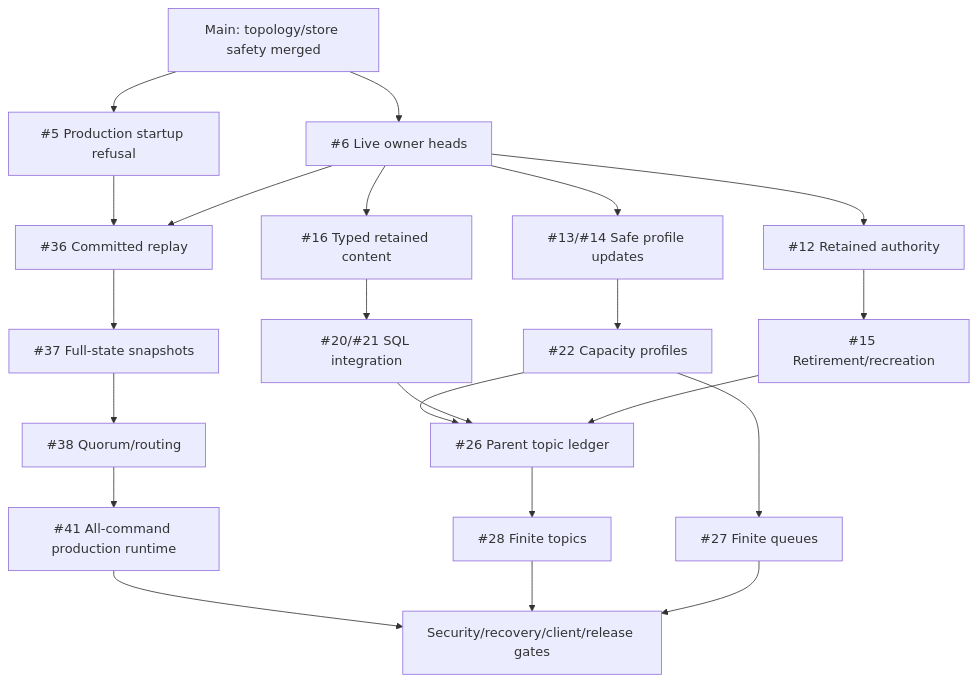
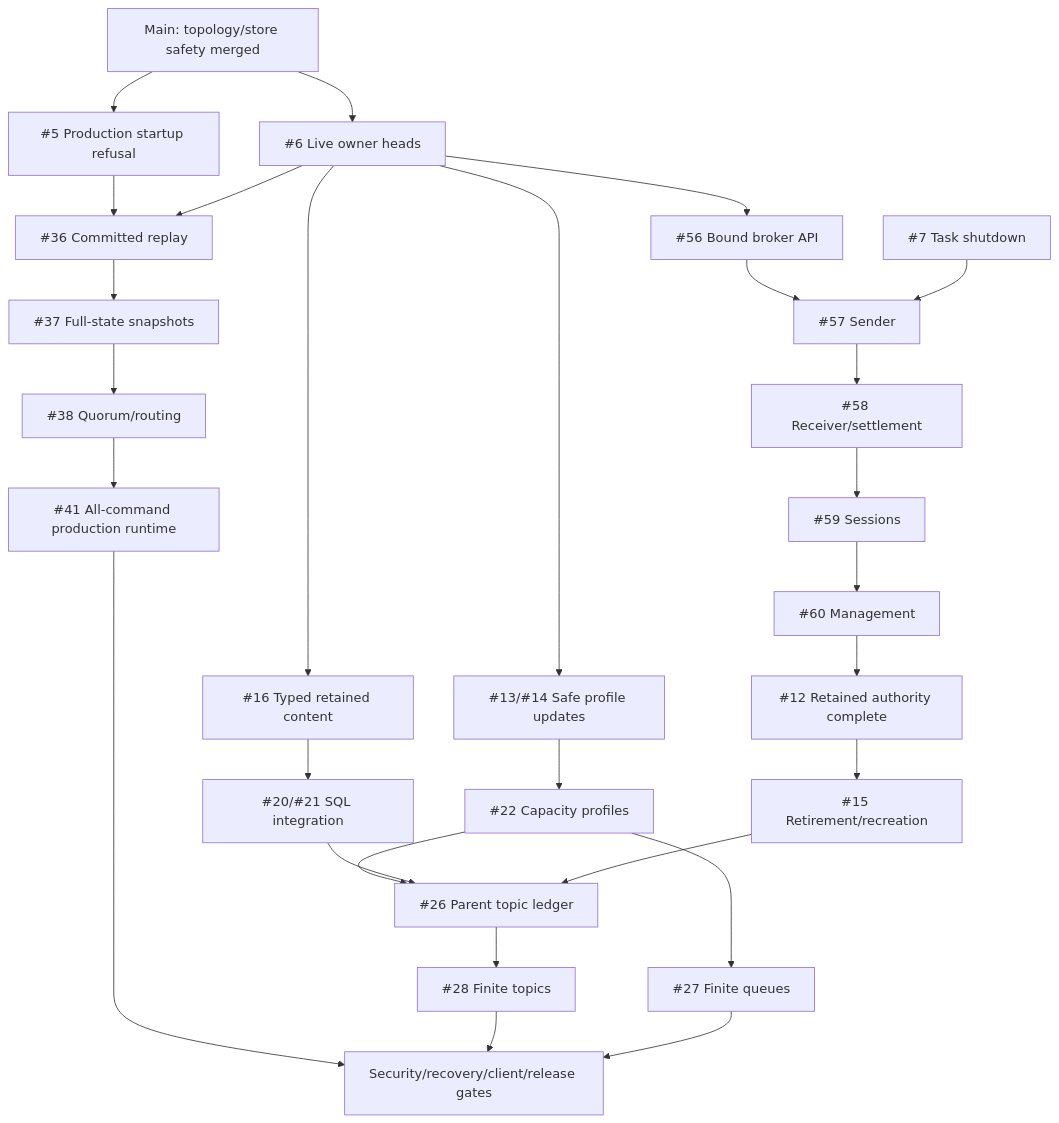
The diagram in docs/roadmap.md (DeandreT/switchyard), drawn with Mermaid before and after one commit. The commit also changed other lines of this file and 14 other files, not shown here.

````diff
--- a/docs/roadmap.md
+++ b/docs/roadmap.md
@@ -43,24 +44,30 @@
 ```mermaid
 flowchart TD
     Main["Main: topology/store safety merged"] --> Guard["#5 Production startup refusal"]
     Main --> Owners["#6 Live owner heads"]
-    Owners --> Bindings["#12 Retained authority"]
+    Owners --> Core["#56 Bound broker API"]
+    Core --> Sender["#57 Sender"]
+    Shutdown["#7 Task shutdown"] --> Sender
+    Sender --> Receiver["#58 Receiver/settlement"]
+    Receiver --> Sessions["#59 Sessions"]
+    Sessions --> Management["#60 Management"]
+    Management --> Bindings["#12 Retained authority complete"]
     Bindings --> Delete["#15 Retirement/recreation"]
     Owners --> Profiles["#13/#14 Safe profile updates"]
     Owners --> Content["#16 Typed retained content"]
     Content --> SQL["#20/#21 SQL integration"]
     Profiles --> Modes["#22 Capacity profiles"]
     Modes --> Queue["#27 Finite queues"]
     Modes --> Ledger["#26 Parent topic ledger"]
     SQL --> Ledger
     Delete --> Ledger
     Ledger --> Topic["#28 Finite topics"]
     Guard --> Log["#36 Committed replay"]
     Owners --> Log
     Log --> Snapshot["#37 Full-state snapshots"]
     Snapshot --> Quorum["#38 Quorum/routing"]
     Quorum --> Runtime["#41 All-command production runtime"]
     Runtime --> Gates["Security/recovery/client/release gates"]
     Topic --> Gates
     Queue --> Gates
 ```
````
